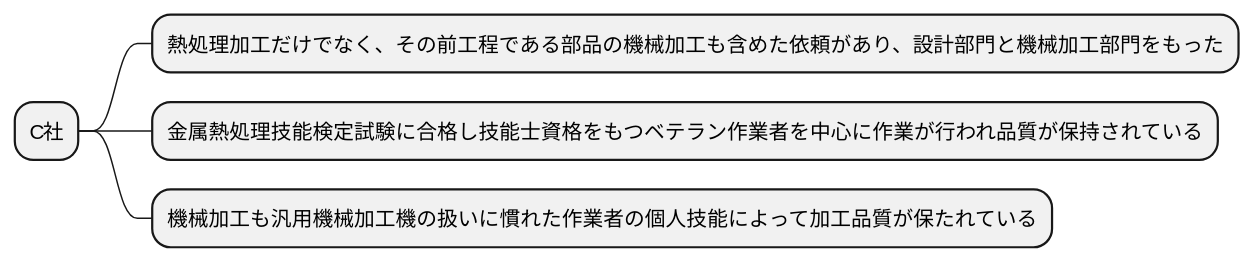
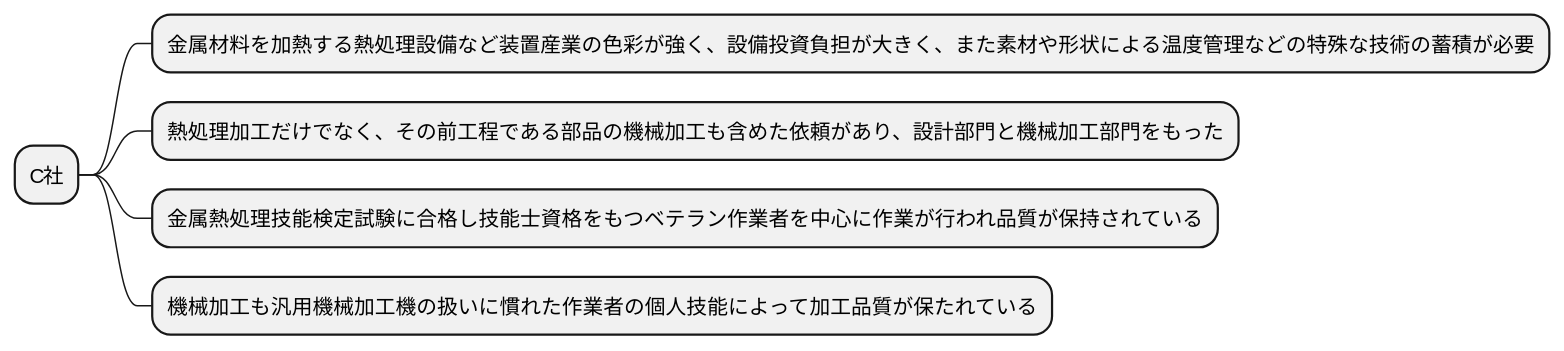
The fourth of 12 diagrams in docs/R01/study/study_3_take01.md (k2works/requirements_definition_excercise), drawn with PlantUML before and after one commit. The commit also changed other lines of this file, not shown here.

````diff
--- a/docs/R01/study/study_3_take01.md
+++ b/docs/R01/study/study_3_take01.md
@@ -180,10 +180,11 @@
 ```plantuml
 @startmindmap
 
 * C社
+** 金属材料を加熱する熱処理設備など装置産業の色彩が強く、設備投資負担が大きく、また素材や形状による温度管理などの特殊な技術の蓄積が必要
 ** 熱処理加工だけでなく、その前工程である部品の機械加工も含めた依頼があり、設計部門と機械加工部門をもった
 ** 金属熱処理技能検定試験に合格し技能士資格をもつベテラン作業者を中心に作業が行われ品質が保持されている
 ** 機械加工も汎用機械加工機の扱いに慣れた作業者の個人技能によって加工品質が保たれている
 
 @endmindmap
 ```
````
